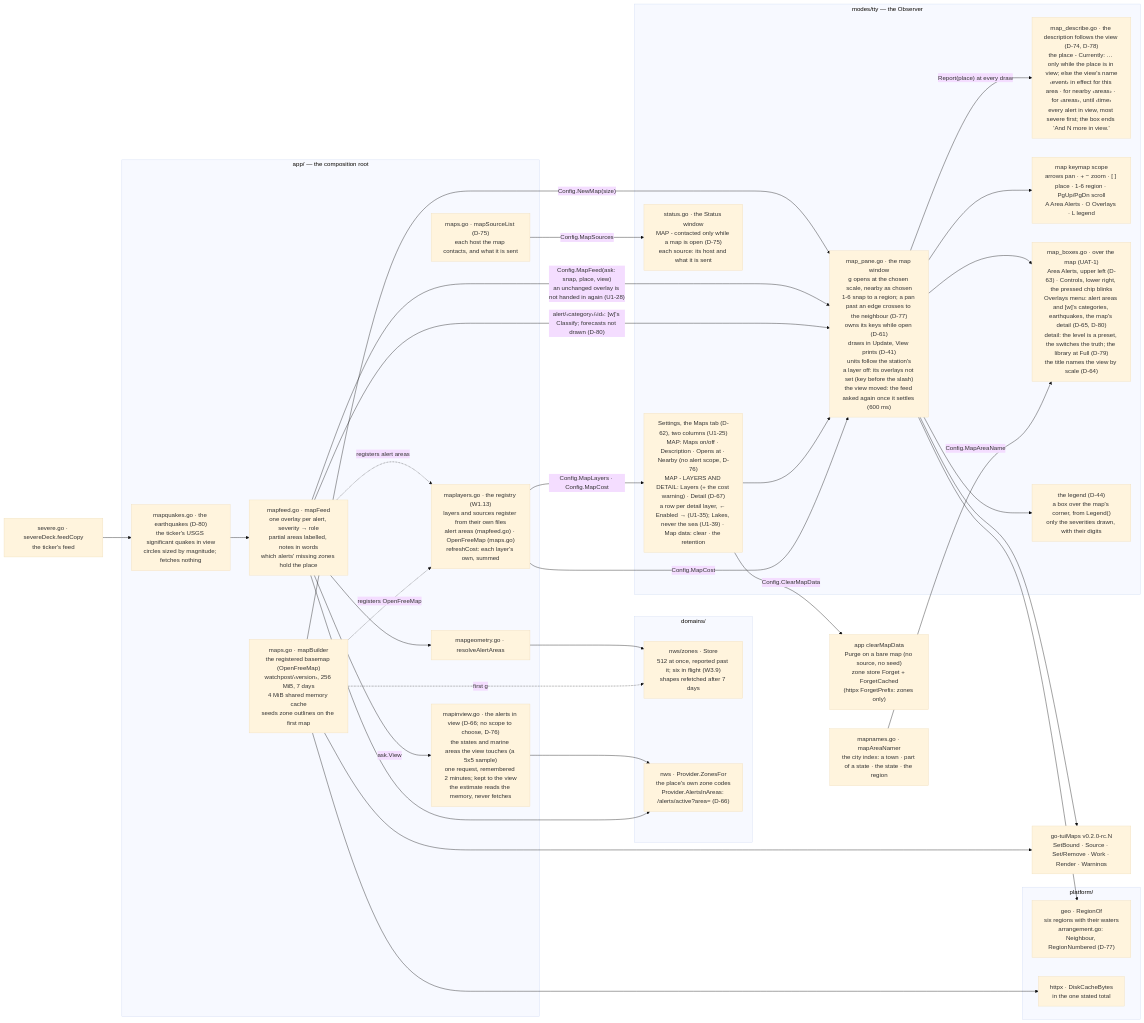
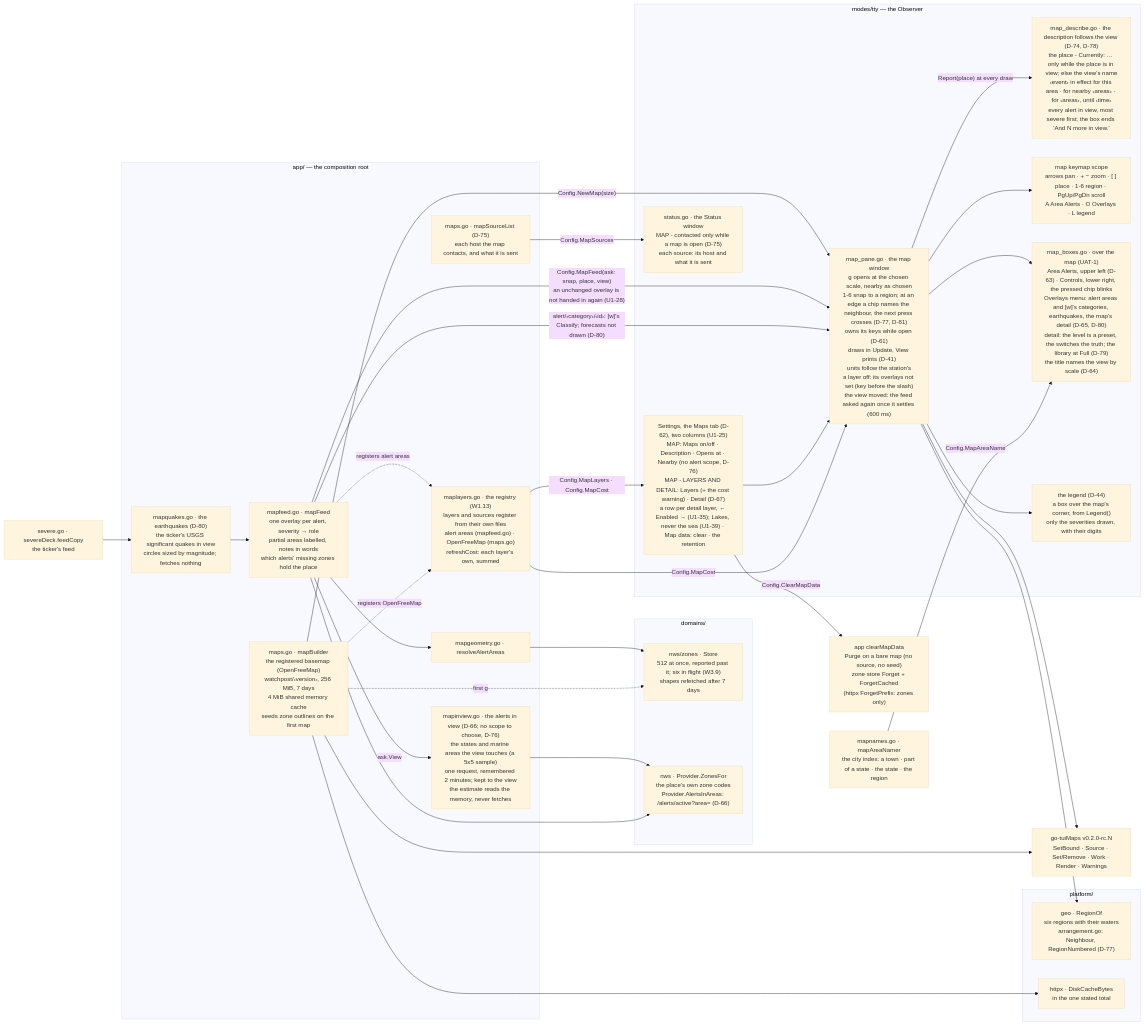
Before and after one commit to branden-thompson/watchpost: the first of 4 diagrams in 06_docs/02_features/observer-maps/03-architecture-design/as-built-map.md, drawn with Mermaid (base theme). The commit also changed other lines of this file and 13 other files, not shown here.

First line of the commit message:
0.18.0 batch 18: UAT-1's seventh pass - the edge's chip; the cost warning's words

````diff
--- a/06_docs/02_features/observer-maps/03-architecture-design/as-built-map.md
+++ b/06_docs/02_features/observer-maps/03-architecture-design/as-built-map.md
@@ -21,54 +21,54 @@
 ```mermaid
 flowchart LR
   subgraph app["app/ — the composition root"]
     MB["maps.go · mapBuilder\nthe registered basemap (OpenFreeMap)\nwatchpost/‹version›, 256 MiB, 7 days\n4 MiB shared memory cache\nseeds zone outlines on the first map"]
     REG["maplayers.go · the registry (W1.13)\nlayers and sources register from their own files\nalert areas (mapfeed.go) · OpenFreeMap (maps.go)\nrefreshCost: each layer's own, summed"]
     MF["mapfeed.go · mapFeed\none overlay per alert, severity → role\npartial areas labelled, notes in words\nwhich alerts' missing zones hold the place"]
     MG["mapgeometry.go · resolveAlertAreas"]
     MV["mapinview.go · the alerts in view (D-66; no scope to choose, D-76)\nthe states and marine areas the view touches (a 5x5 sample)\none request, remembered 2 minutes; kept to the view\nthe estimate reads the memory, never fetches"]
     MS["maps.go · mapSourceList (D-75)\neach host the map contacts, and what it is sent"]
     MQ["mapquakes.go · the earthquakes (D-80)\nthe ticker's USGS significant quakes in view\ncircles sized by magnitude; fetches nothing"]
   end
   subgraph domains["domains/"]
     ZS["nws/zones · Store\n512 at once, reported past it; six in flight (W3.9)\nshapes refetched after 7 days"]
     WS["nws · Provider.ZonesFor\nthe place's own zone codes\nProvider.AlertsInAreas: /alerts/active?area= (D-66)"]
   end
   subgraph tty["modes/tty — the Observer"]
-    MW["map_pane.go · the map window\ng opens at the chosen scale, nearby as chosen\n1-6 snap to a region; a pan past an edge crosses to the neighbour (D-77)\nowns its keys while open (D-61)\ndraws in Update, View prints (D-41)\nunits follow the station's\na layer off: its overlays not set (key before the slash)\nthe view moved: the feed asked again once it settles (600 ms)"]
+    MW["map_pane.go · the map window\ng opens at the chosen scale, nearby as chosen\n1-6 snap to a region; at an edge a chip names the neighbour, the next press crosses (D-77, D-81)\nowns its keys while open (D-61)\ndraws in Update, View prints (D-41)\nunits follow the station's\na layer off: its overlays not set (key before the slash)\nthe view moved: the feed asked again once it settles (600 ms)"]
     MD["map_describe.go · the description follows the view (D-74, D-78)\nthe place - Currently: … only while the place is in view; else the view's name\n‹event› in effect for this area · for nearby ‹areas› · for ‹areas›, until ‹time›\nevery alert in view, most severe first; the box ends 'And N more in view.'"]
     MK["map keymap scope\narrows pan · + − zoom · [ ] place · 1-6 region · PgUp/PgDn scroll\nA Area Alerts · O Overlays · L legend"]
     BX["map_boxes.go · over the map (UAT-1)\nArea Alerts, upper left (D-63) · Controls, lower right, the pressed chip blinks\nOverlays menu: alert areas and [w]'s categories, earthquakes, the map's detail (D-65, D-80)\ndetail: the level is a preset, the switches the truth; the library at Full (D-79)\nthe title names the view by scale (D-64)"]
     LG["the legend (D-44)\na box over the map's corner, from Legend()\nonly the severities drawn, with their digits"]
     ST2["Settings, the Maps tab (D-62), two columns (U1-25)\nMAP: Maps on/off · Description · Opens at · Nearby (no alert scope, D-76)\nMAP - LAYERS AND DETAIL: Layers (+ the cost warning) · Detail (D-67)\na row per detail layer, ← Enabled → (U1-35); Lakes, never the sea (U1-39) · Map data: clear · the retention"]
     SW["status.go · the Status window\nMAP - contacted only while a map is open (D-75)\neach source: its host and what it is sent"]
   end
   subgraph plat["platform/"]
     RG["geo · RegionOf\nsix regions with their waters\narrangement.go: Neighbour, RegionNumbered (D-77)"]
     HX["httpx · DiskCacheBytes\nin the one stated total"]
   end
   L["go-tuiMaps v0.2.0-rc.N\nSetBound · Source · Set/Remove · Work · Render · Warnings"]
   MB -- "Config.NewMap(size)" --> MW
   MF -- "Config.MapFeed(ask: snap, place, view)\nan unchanged overlay is not handed in again (U1-28)" --> MW
   MF --> MG --> ZS
   MF -- "ask.View" --> MV --> WS
   SD["severe.go · severeDeck.feedCopy\nthe ticker's feed"] --> MQ --> MF
   MF -- "alert/‹category›/‹id›: [w]'s Classify; forecasts not drawn (D-80)" --> MW
   MS -- "Config.MapSources" --> SW
   MF --> WS
   MB -. "first g" .-> ZS
   MW --> RG
   MW --> MK
   MW --> LG
   MW --> BX
   NM["mapnames.go · mapAreaNamer\nthe city index: a town · part of a state · the state · the region"] -- "Config.MapAreaName" --> BX
   ST2 --> MW
   ST2 -- "Config.ClearMapData" --> CL["app clearMapData\nPurge on a bare map (no source, no seed)\nzone store Forget + ForgetCached\n(httpx ForgetPrefix: zones only)"]
   MW -- "Report(place) at every draw" --> MD
   MW --> L
   MB --> L
   MB --> HX
   MF -. "registers alert areas" .-> REG
   MB -. "registers OpenFreeMap" .-> REG
   REG -- "Config.MapLayers · Config.MapCost" --> ST2
   REG -- "Config.MapCost" --> MW
 ```
````
